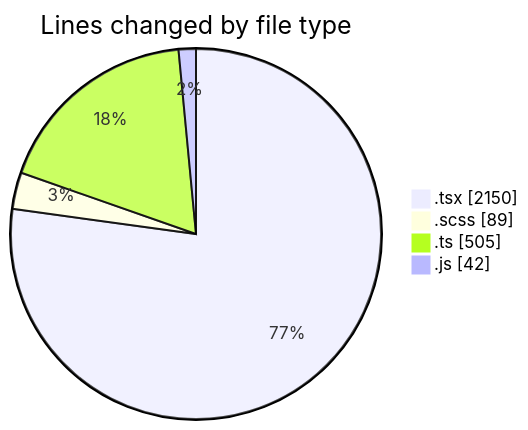
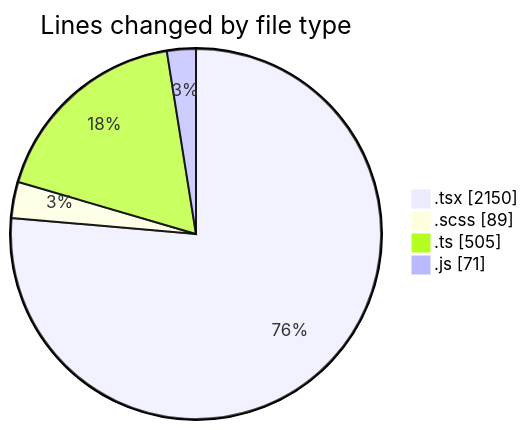
Before and after one commit to momahboobian/code-tracking: the first of 2 diagrams in 2025-06-17/cda/README.md, drawn with Mermaid. The commit also changed other lines of this file and 1 other file, not shown here.

````diff
--- a/2025-06-17/cda/README.md
+++ b/2025-06-17/cda/README.md
@@ -26,8 +26,8 @@
 ```mermaid
 pie showData
 title Lines changed by file type
 ".tsx" : 2150
 ".scss" : 89
 ".ts" : 505
-".js" : 42
+".js" : 71
 ```
````
